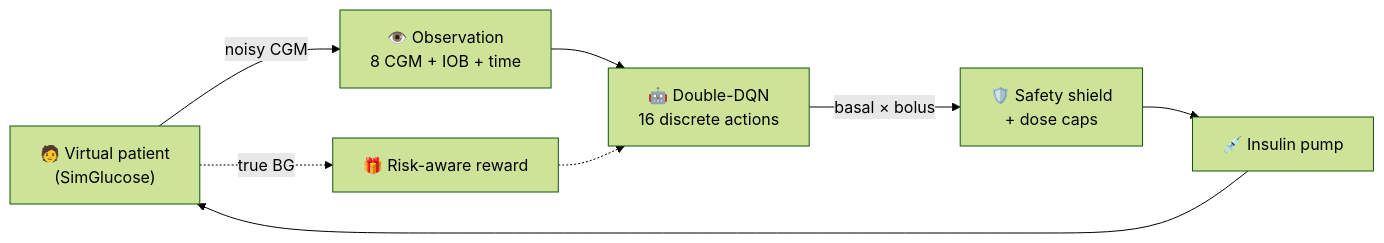
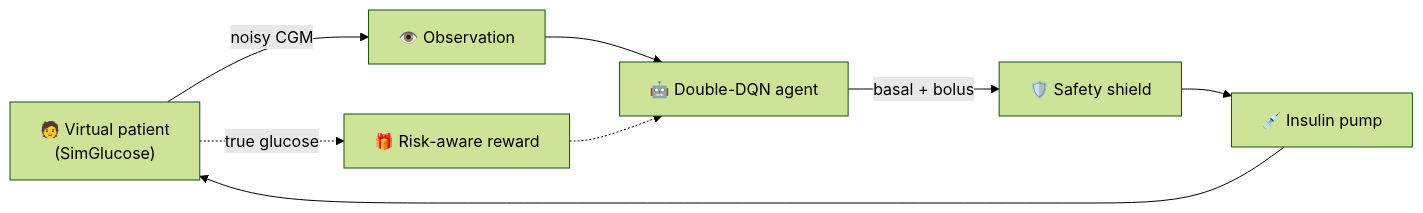
The diagram in README.md (Radhika-789/risk-aware-diabetes-rl), drawn with Mermaid (forest theme) before and after one commit. The commit also changed other lines of this file, not shown here.

````diff
--- a/README.md
+++ b/README.md
@@ -388,10 +65,10 @@
 ```mermaid
 flowchart LR
-    P["🧑 Virtual patient<br/>(SimGlucose)"] -->|noisy CGM| O["👁️ Observation<br/>8 CGM + IOB + time"]
-    O --> A["🤖 Double-DQN<br/>16 discrete actions"]
-    A -->|basal × bolus| S["🛡️ Safety shield<br/>+ dose caps"]
+    P["🧑 Virtual patient<br/>(SimGlucose)"] -->|noisy CGM| O["👁️ Observation"]
+    O --> A["🤖 Double-DQN agent"]
+    A -->|basal + bolus| S["🛡️ Safety shield"]
     S --> I["💉 Insulin pump"]
     I --> P
-    P -.->|true BG| R["🎁 Risk-aware reward"]
+    P -.->|true glucose| R["🎁 Risk-aware reward"]
     R -.-> A
 ```
````
